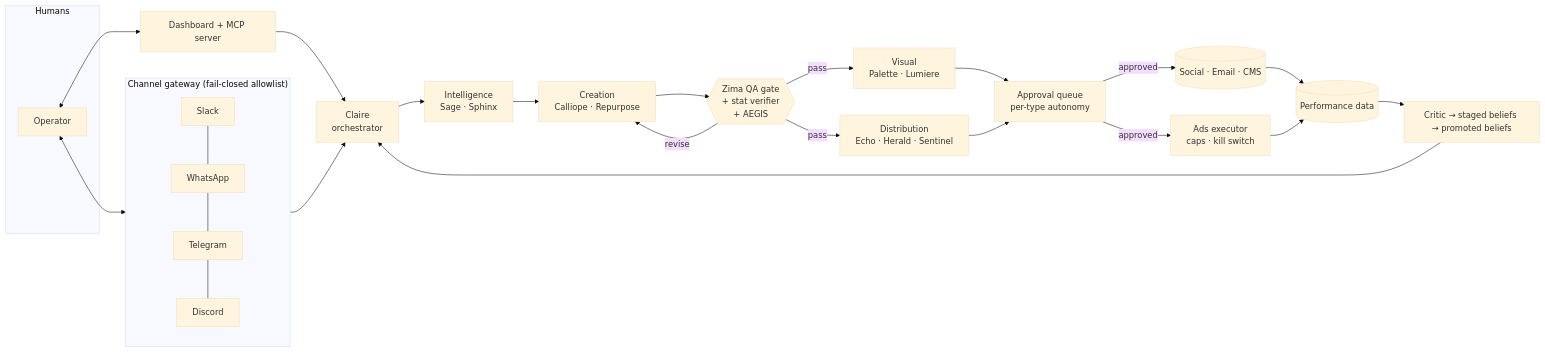
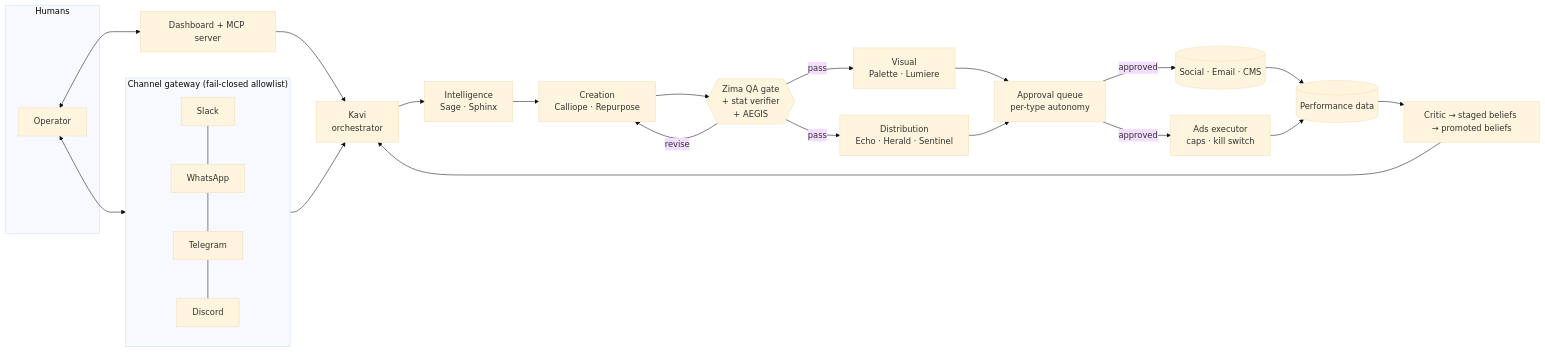
The diagram in README.md (haridarman-star/kaviyam-showcase), drawn with Mermaid (base theme) before and after one commit. The commit also changed other lines of this file and 3 other files, not shown here.

````diff
--- a/README.md
+++ b/README.md
@@ -83,27 +99,27 @@
 ```mermaid
 flowchart LR
     subgraph Humans
       OP[Operator]
     end
     subgraph Channels["Channel gateway (fail-closed allowlist)"]
       SL[Slack] --- WA[WhatsApp] --- TG[Telegram] --- DC[Discord]
     end
     OP <--> Channels
     OP <--> DASH[Dashboard + MCP server]
-    Channels --> CL[Claire<br/>orchestrator]
+    Channels --> CL[Kavi<br/>orchestrator]
     DASH --> CL
     CL --> INT[Intelligence<br/>Sage · Sphinx]
     INT --> CRE[Creation<br/>Calliope · Repurpose]
     CRE --> QA{{Zima QA gate<br/>+ stat verifier<br/>+ AEGIS}}
     QA -- revise --> CRE
     QA -- pass --> VIS[Visual<br/>Palette · Lumiere]
     QA -- pass --> DIST[Distribution<br/>Echo · Herald · Sentinel]
     VIS --> APR[Approval queue<br/>per-type autonomy]
     DIST --> APR
     APR -- approved --> PUB[(Social · Email · CMS)]
     APR -- approved --> ADS[Ads executor<br/>caps · kill switch]
     PUB --> PERF[(Performance data)]
     ADS --> PERF
     PERF --> LEARN[Critic → staged beliefs → promoted beliefs]
     LEARN --> CL
 ```
````
